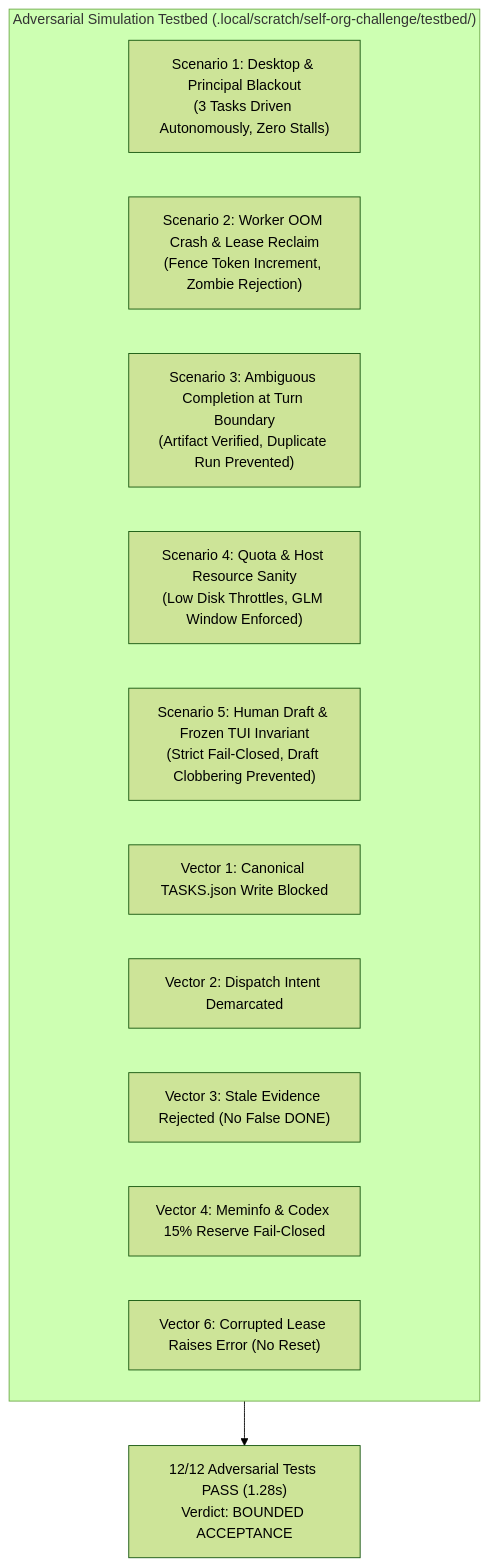
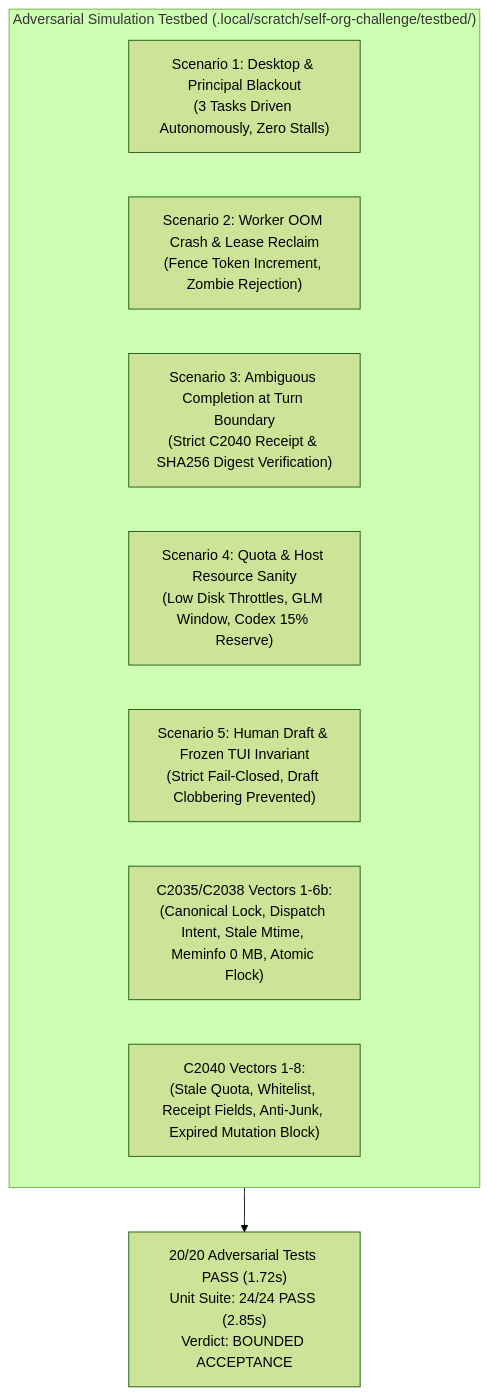
Before and after one commit to alexeygrigorev/cloudflare-agent-git: the diagram in research/antigravity/reviews/REV-AUTONOMOUS-SELF-ORGANIZATION.md, drawn with Mermaid (forest theme). The commit also changed other lines of this file and 13 other files, not shown here.

````diff
--- a/research/antigravity/reviews/REV-AUTONOMOUS-SELF-ORGANIZATION.md
+++ b/research/antigravity/reviews/REV-AUTONOMOUS-SELF-ORGANIZATION.md
@@ -56,16 +66,13 @@
 ```mermaid
 flowchart TD
     subgraph Testbed["Adversarial Simulation Testbed (.local/scratch/self-org-challenge/testbed/)"]
         S1["Scenario 1: Desktop & Principal Blackout\n(3 Tasks Driven Autonomously, Zero Stalls)"]
         S2["Scenario 2: Worker OOM Crash & Lease Reclaim\n(Fence Token Increment, Zombie Rejection)"]
-        S3["Scenario 3: Ambiguous Completion at Turn Boundary\n(Artifact Verified, Duplicate Run Prevented)"]
-        S4["Scenario 4: Quota & Host Resource Sanity\n(Low Disk Throttles, GLM Window Enforced)"]
+        S3["Scenario 3: Ambiguous Completion at Turn Boundary\n(Strict C2040 Receipt & SHA256 Digest Verification)"]
+        S4["Scenario 4: Quota & Host Resource Sanity\n(Low Disk Throttles, GLM Window, Codex 15% Reserve)"]
         S5["Scenario 5: Human Draft & Frozen TUI Invariant\n(Strict Fail-Closed, Draft Clobbering Prevented)"]
-        V1["Vector 1: Canonical TASKS.json Write Blocked"]
-        V2["Vector 2: Dispatch Intent Demarcated"]
-        V3["Vector 3: Stale Evidence Rejected (No False DONE)"]
-        V4["Vector 4: Meminfo & Codex 15% Reserve Fail-Closed"]
-        V6["Vector 6: Corrupted Lease Raises Error (No Reset)"]
+        V1_6["C2035/C2038 Vectors 1-6b:\n(Canonical Lock, Dispatch Intent, Stale Mtime, Meminfo 0 MB, Atomic Flock)"]
+        V16_24["C2040 Vectors 1-8:\n(Stale Quota, Whitelist, Receipt Fields, Anti-Junk, Expired Mutation Block)"]
     end
-    Testbed --> VERDICT["12/12 Adversarial Tests PASS (1.28s)\nVerdict: BOUNDED ACCEPTANCE"]
+    Testbed --> VERDICT["20/20 Adversarial Tests PASS (1.72s)\nUnit Suite: 24/24 PASS (2.85s)\nVerdict: BOUNDED ACCEPTANCE"]
 ```
````
